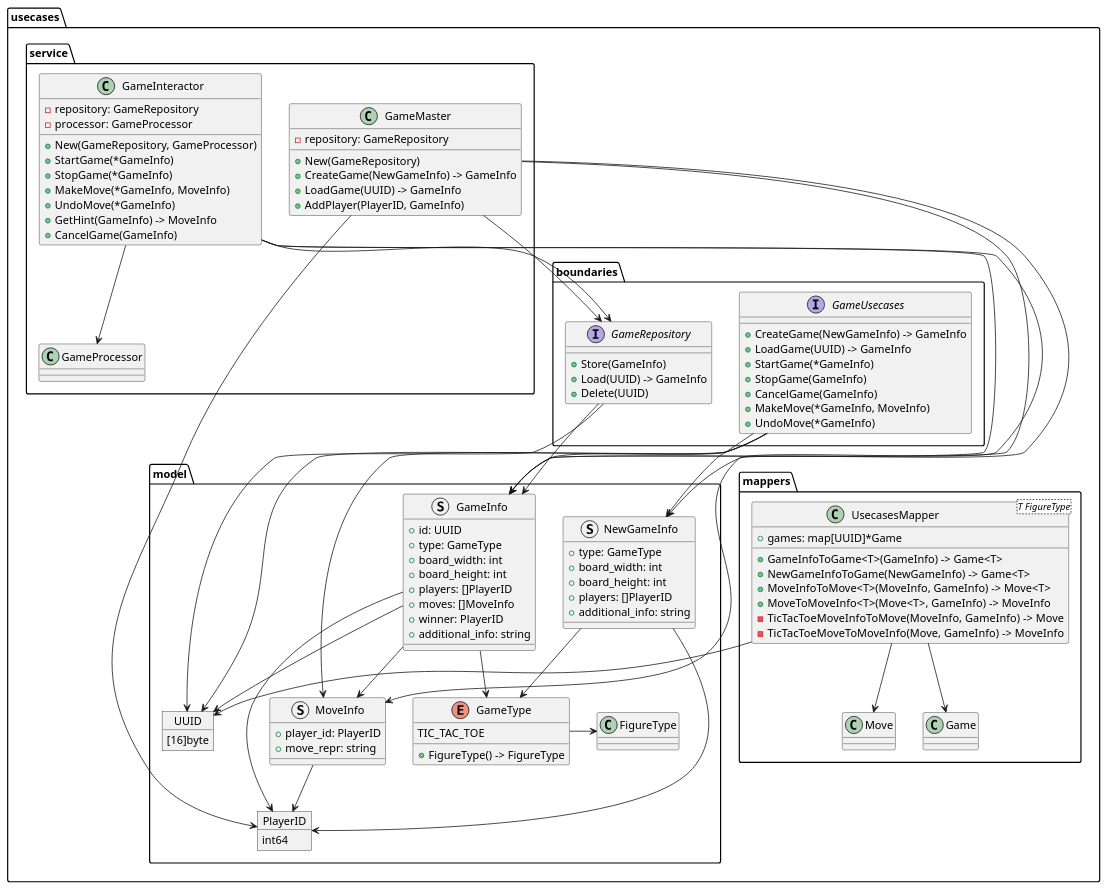
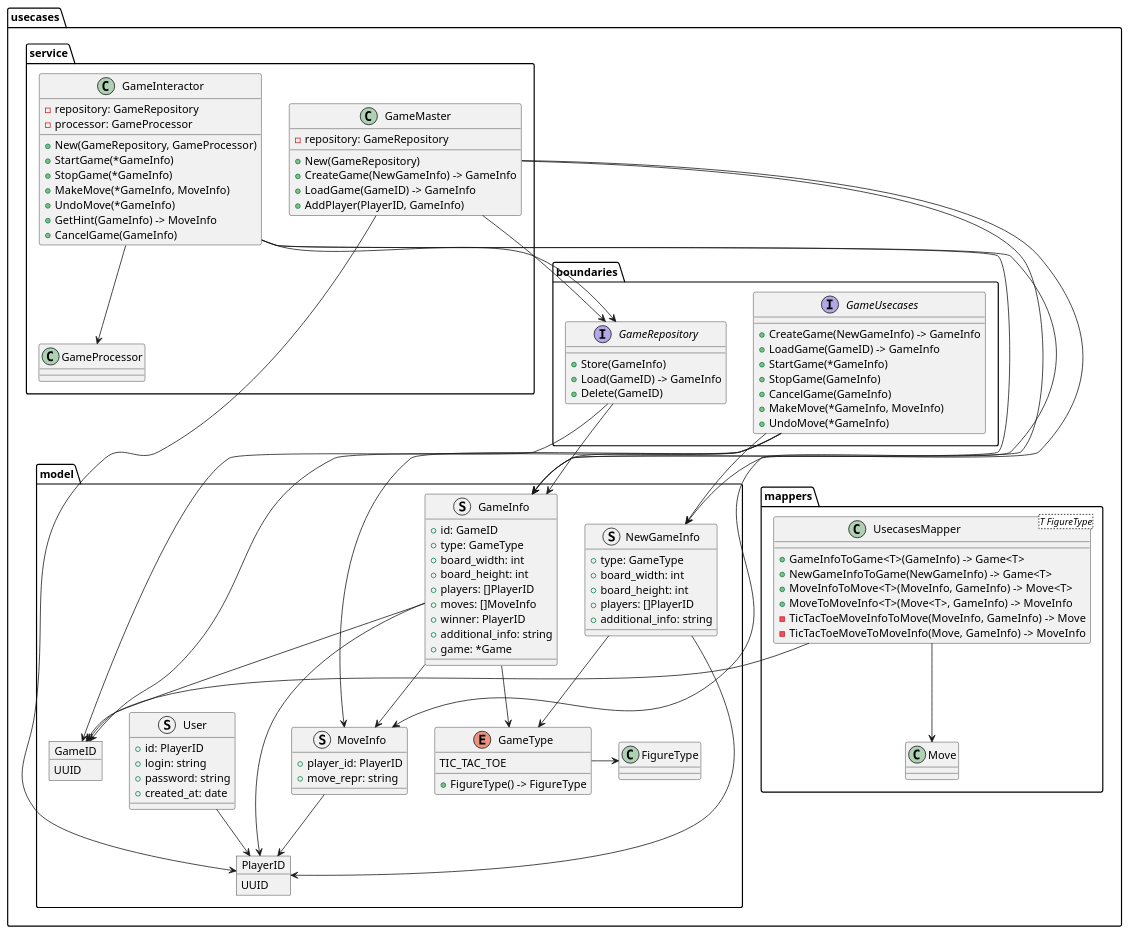
One commit to vitalykov/tabulares-backend changed the diagram in docs/diagrams/usecases.puml. Above: the diagram before and after it, drawn with PlantUML. The commit also changed 1 other file, not shown here.

Commit message:
docs: small fixes to diagrams, add User type, prepare to making auth service

```diff
--- a/docs/diagrams/usecases.puml
+++ b/docs/diagrams/usecases.puml
@@ -1,156 +1,162 @@
 @startuml Usecases Layer
 
 ' !include domain.puml
 
 package usecases {
   
   package model {
 
     object PlayerID {
-      int64
+      UUID
     }
 
-    object UUID {
-      [16]byte
+    object GameID {
+      UUID
     }
+
+    struct User {
+      + id: PlayerID
+      + login: string
+      + password: string
+      + created_at: date
+    }
+    User --> PlayerID
 
     Enum GameType {
       TIC_TAC_TOE
 
       + FigureType() -> FigureType
     }
     GameType -> FigureType
 
     struct NewGameInfo {
       + type: GameType
       + board_width: int
       + board_height: int
       + players: []PlayerID
       + additional_info: string
     }
     NewGameInfo --> PlayerID
     NewGameInfo --> GameType
 
     struct MoveInfo {
       + player_id: PlayerID
       + move_repr: string
     }
     MoveInfo --> PlayerID
 
     struct GameInfo {
-      + id: UUID
+      + id: GameID
       + type: GameType
       + board_width: int
       + board_height: int
       + players: []PlayerID
       + moves: []MoveInfo
       + winner: PlayerID
       + additional_info: string
+      + game: *Game
     }
-    GameInfo --> UUID
+    GameInfo --> GameID
     GameInfo --> PlayerID
     GameInfo --> MoveInfo
     GameInfo --> GameType
 
   } /' package model '/
 
   package mappers {
 
     class UsecasesMapper<T FigureType> {
       + GameInfoToGame<T>(GameInfo) -> Game<T>
       + NewGameInfoToGame(NewGameInfo) -> Game<T>
       + MoveInfoToMove<T>(MoveInfo, GameInfo) -> Move<T>
       + MoveToMoveInfo<T>(Move<T>, GameInfo) -> MoveInfo
       - TicTacToeMoveInfoToMove(MoveInfo, GameInfo) -> Move
       - TicTacToeMoveToMoveInfo(Move, GameInfo) -> MoveInfo
-
-      + games: map[UUID]*Game
     }
-    UsecasesMapper --> Game
     UsecasesMapper --> Move
-    UsecasesMapper --> UUID
+    UsecasesMapper --> GameID
 
   } /' package mappers '/
 
   package boundaries {
 
     interface GameRepository {
       + Store(GameInfo)
-      + Load(UUID) -> GameInfo
-      + Delete(UUID)
+      + Load(GameID) -> GameInfo
+      + Delete(GameID)
     }
     GameRepository --> GameInfo
-    GameRepository --> UUID
+    GameRepository --> GameID
 
     ' interface GameCreator {
     '   + CreateGame(NewGameInfo) -> GameInfo
     ' }
     ' GameCreator --> GameInfo
     ' GameCreator --> NewGameInfo
 
     ' interface GameLoader {
-    '   + LoadGame(UUID) -> GameInfo
+    '   + LoadGame(GameID) -> GameInfo
     ' }
     ' GameLoader --> GameInfo
-    ' GameLoader --> UUID
+    ' GameLoader --> GameID
 
     ' interface MoveMaker {
     '   + MakeMove(*GameInfo, MoveInfo)
     '   + UndoMove(*GameInfo)
     ' }
     ' MoveMaker --> GameInfo
     ' MoveMaker --> MoveInfo
 
     interface GameUsecases {
       + CreateGame(NewGameInfo) -> GameInfo
-      + LoadGame(UUID) -> GameInfo
+      + LoadGame(GameID) -> GameInfo
       + StartGame(*GameInfo)
       + StopGame(GameInfo)
       + CancelGame(GameInfo)
       + MakeMove(*GameInfo, MoveInfo)
       + UndoMove(*GameInfo)
     }
     GameUsecases --> NewGameInfo
     GameUsecases --> GameInfo
     GameUsecases --> MoveInfo
-    GameUsecases --> UUID
+    GameUsecases --> GameID
 
   } /' package boundaries '/
 
   package service {
 
     class GameInteractor {
       + New(GameRepository, GameProcessor)
       + StartGame(*GameInfo)
       + StopGame(*GameInfo)
       + MakeMove(*GameInfo, MoveInfo)
       + UndoMove(*GameInfo)
       + GetHint(GameInfo) -> MoveInfo
       + CancelGame(GameInfo)
 
       - repository: GameRepository
       - processor: GameProcessor
     }
     GameInteractor --> GameInfo
     GameInteractor --> MoveInfo
     GameInteractor --> GameRepository
     GameInteractor --> GameProcessor
 
     class GameMaster {
       + New(GameRepository)
       + CreateGame(NewGameInfo) -> GameInfo
-      + LoadGame(UUID) -> GameInfo
+      + LoadGame(GameID) -> GameInfo
       + AddPlayer(PlayerID, GameInfo)
 
       - repository: GameRepository
     }
     GameMaster --> NewGameInfo
     GameMaster --> GameInfo
     GameMaster --> GameRepository
     GameMaster --> PlayerID
 
   } /' package service '/
 
 } /' package usecases '/
 
 @enduml
```
